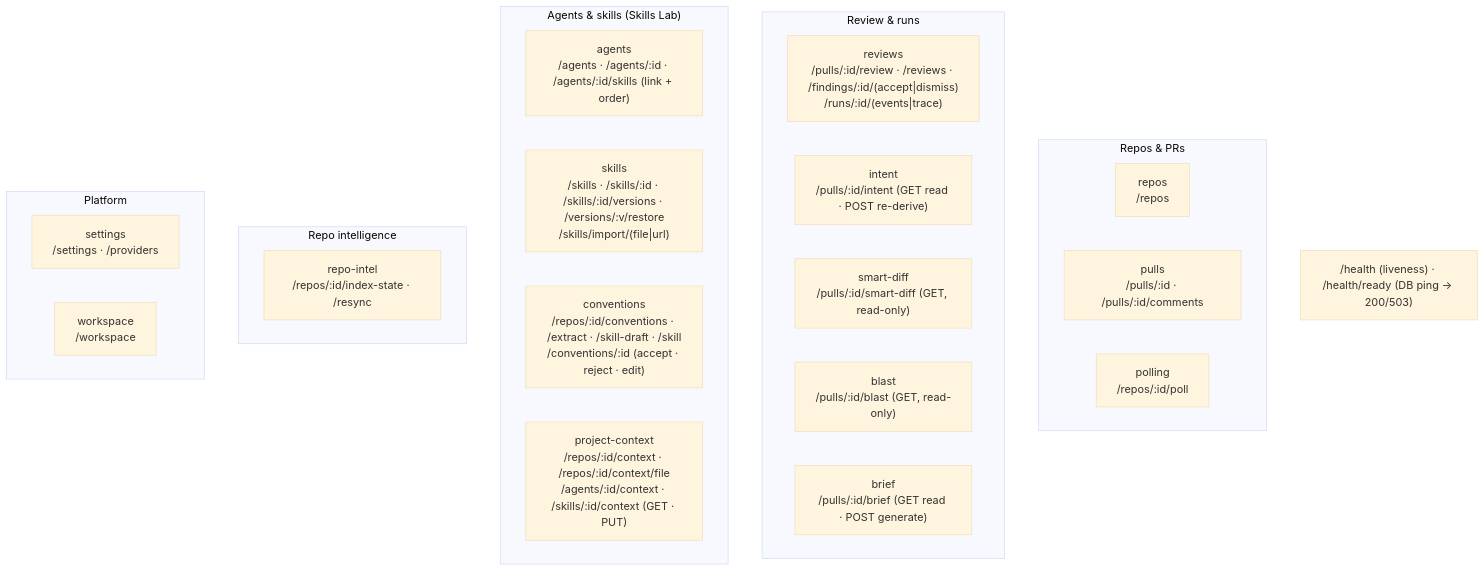
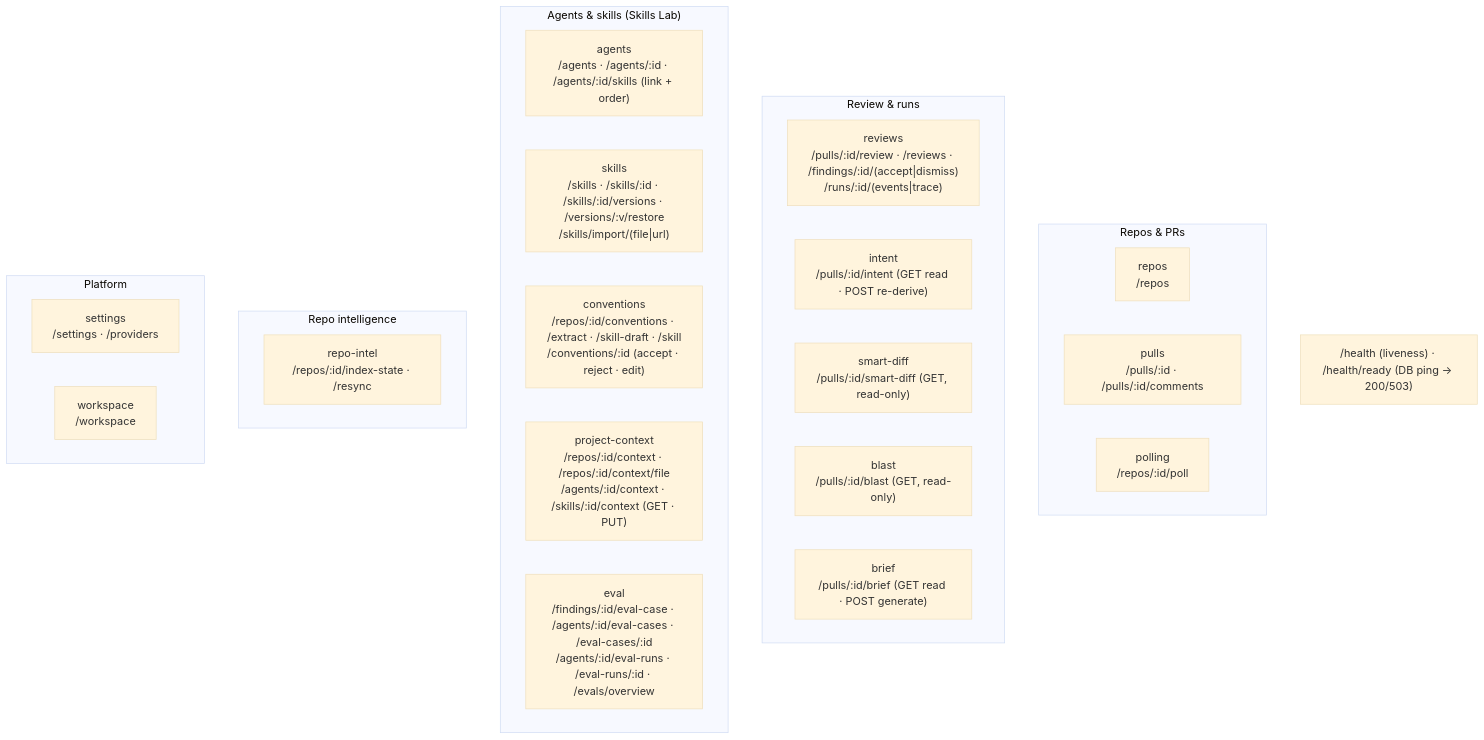
One commit to yrazub/dev-digest changed the second of 2 diagrams in server/README.md. Above: the diagram before and after it, drawn with Mermaid (base theme). The commit also changed other lines of this file and 9 other files, not shown here.

````diff
--- a/server/README.md
+++ b/server/README.md
@@ -69,29 +71,30 @@
 ```mermaid
 flowchart TB
   subgraph Repos_PRs["Repos & PRs"]
     repos["repos<br/>/repos"]
     pulls["pulls<br/>/pulls/:id · /pulls/:id/comments"]
     polling["polling<br/>/repos/:id/poll"]
   end
   subgraph Review["Review & runs"]
     reviews["reviews<br/>/pulls/:id/review · /reviews · /findings/:id/(accept|dismiss)<br/>/runs/:id/(events|trace)"]
     intent["intent<br/>/pulls/:id/intent (GET read · POST re-derive)"]
     smartDiff["smart-diff<br/>/pulls/:id/smart-diff (GET, read-only)"]
     blast["blast<br/>/pulls/:id/blast (GET, read-only)"]
     brief["brief<br/>/pulls/:id/brief (GET read · POST generate)"]
   end
   subgraph Agents["Agents & skills (Skills Lab)"]
     agents["agents<br/>/agents · /agents/:id · /agents/:id/skills (link + order)"]
     skills["skills<br/>/skills · /skills/:id · /skills/:id/versions · /versions/:v/restore<br/>/skills/import/(file|url)"]
     conventions["conventions<br/>/repos/:id/conventions · /extract · /skill-draft · /skill<br/>/conventions/:id (accept · reject · edit)"]
     projectContext["project-context<br/>/repos/:id/context · /repos/:id/context/file<br/>/agents/:id/context · /skills/:id/context (GET · PUT)"]
+    evalModule["eval<br/>/findings/:id/eval-case · /agents/:id/eval-cases · /eval-cases/:id<br/>/agents/:id/eval-runs · /eval-runs/:id · /evals/overview"]
   end
   subgraph Intel["Repo intelligence"]
     repoIntel["repo-intel<br/>/repos/:id/index-state · /resync"]
   end
   subgraph Platform["Platform"]
     settings["settings<br/>/settings · /providers"]
     workspace["workspace<br/>/workspace"]
   end
   HEALTH["/health (liveness) · /health/ready (DB ping → 200/503)"]
 ```
````
